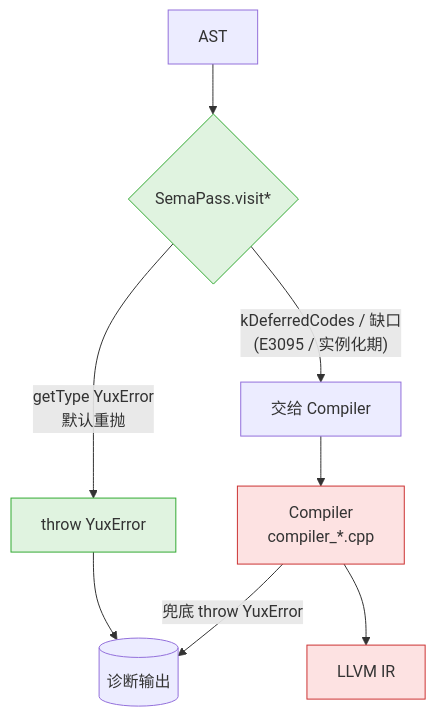
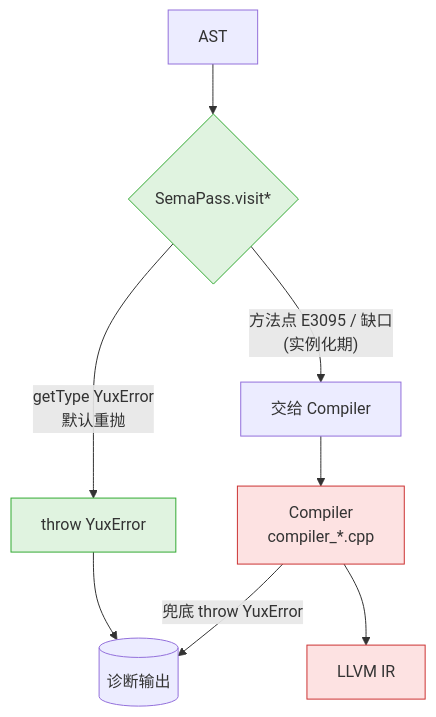
Before and after one commit to riu-lang/riu: the fourth of 6 diagrams in yux.md, drawn with Mermaid. The commit also changed 7 other files, not shown here.

````diff
--- a/yux.md
+++ b/yux.md
@@ -116,18 +116,18 @@
 ```mermaid
 flowchart TB
     ast[AST] --> sema{SemaPass.visit*}
 
     sema -- "getType YuxError<br/>默认重抛" --> throwSema[throw YuxError]
-    sema -- "kDeferredCodes / 缺口<br/>(E3095 / 实例化期)" --> skip[交给 Compiler]
+    sema -- "方法点 E3095 / 缺口<br/>(实例化期)" --> skip[交给 Compiler]
 
     throwSema --> userErr[(诊断输出)]
     skip --> compiler[Compiler<br/>compiler_*.cpp]
 
     compiler -- "兜底 throw YuxError" --> userErr
     compiler --> ir[LLVM IR]
 
     classDef green fill:#e0f3e0,stroke:#3a3
     classDef red fill:#fde2e2,stroke:#c33
     class sema,throwSema green
     class compiler,ir red
 ```
````
